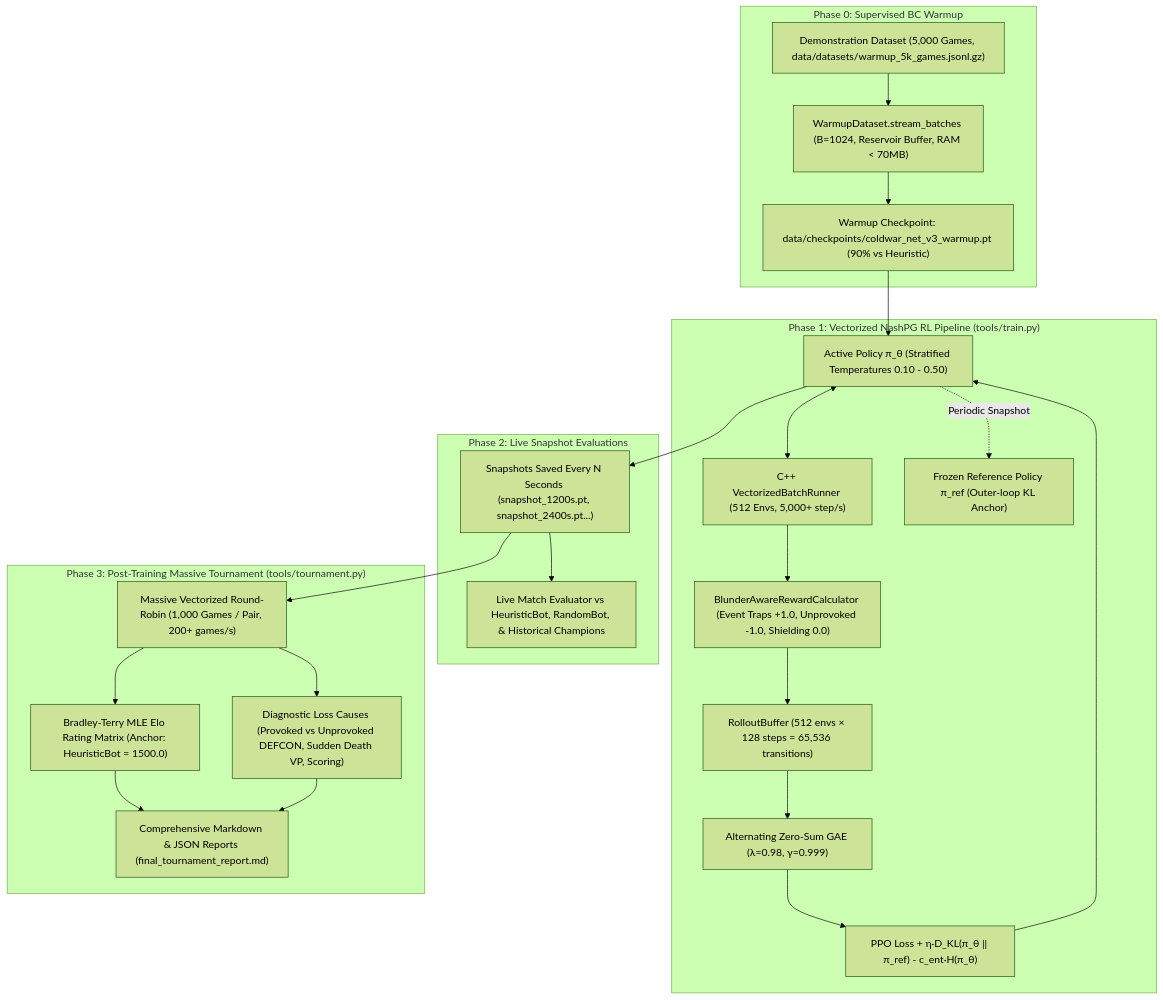
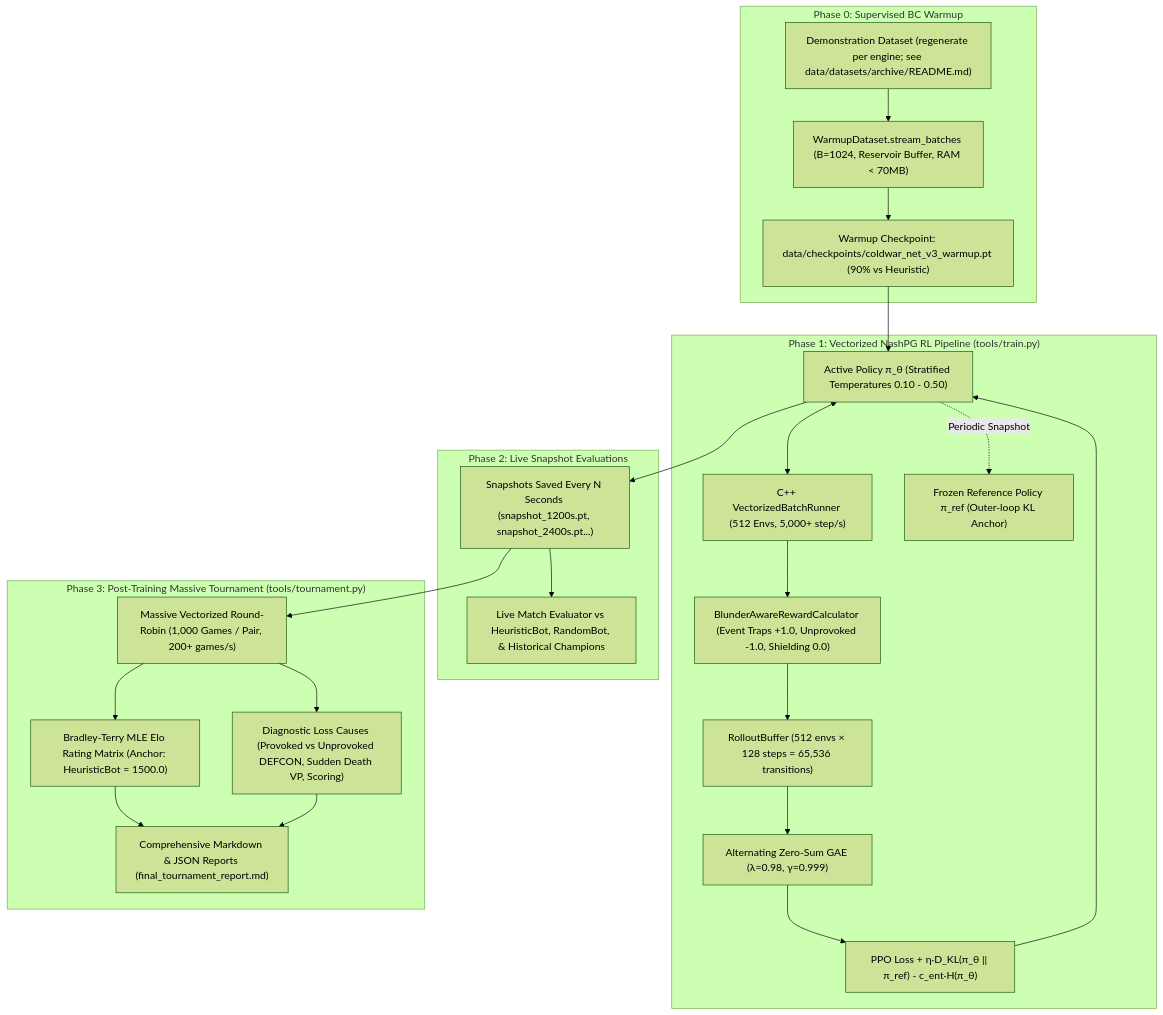
One commit to mihaild/DeepStruggle changed the second of 2 diagrams in AGENTS.md. Above: the diagram before and after it, drawn with Mermaid (forest theme). The commit also changed other lines of this file and 7 other files, not shown here.

````diff
--- a/AGENTS.md
+++ b/AGENTS.md
@@ -229,41 +245,41 @@
 ```mermaid
 graph TD
     subgraph Phase0 ["Phase 0: Supervised BC Warmup"]
-        Demonstrations["Demonstration Dataset (5,000 Games, data/datasets/warmup_5k_games.jsonl.gz)"]
+        Demonstrations["Demonstration Dataset (regenerate per engine; see data/datasets/archive/README.md)"]
         Streamer["WarmupDataset.stream_batches (B=1024, Reservoir Buffer, RAM < 70MB)"]
         WarmupModel["Warmup Checkpoint: data/checkpoints/coldwar_net_v3_warmup.pt (90% vs Heuristic)"]
         Demonstrations --> Streamer --> WarmupModel
     end
 
     subgraph Phase1 ["Phase 1: Vectorized NashPG RL Pipeline (tools/train.py)"]
         VecEnv["C++ VectorizedBatchRunner (512 Envs, 5,000+ step/s)"]
         ActiveNet["Active Policy π_θ (Stratified Temperatures 0.10 - 0.50)"]
         RefNet["Frozen Reference Policy π_ref (Outer-loop KL Anchor)"]
         Rollout["RolloutBuffer (512 envs × 128 steps = 65,536 transitions)"]
         BlunderCalc["BlunderAwareRewardCalculator (Event Traps +1.0, Unprovoked -1.0, Shielding 0.0)"]
         GAE["Alternating Zero-Sum GAE (λ=0.98, γ=0.999)"]
         NashLoss["PPO Loss + η·D_KL(π_θ || π_ref) - c_ent·H(π_θ)"]
 
         WarmupModel --> ActiveNet
         ActiveNet <--> VecEnv
         VecEnv --> BlunderCalc --> Rollout --> GAE --> NashLoss --> ActiveNet
         ActiveNet -.->|Periodic Snapshot| RefNet
     end
 
     subgraph Phase2 ["Phase 2: Live Snapshot Evaluations"]
         Snapshots["Snapshots Saved Every N Seconds (snapshot_1200s.pt, snapshot_2400s.pt...)"]
         LiveEval["Live Match Evaluator vs HeuristicBot, RandomBot, & Historical Champions"]
         ActiveNet --> Snapshots --> LiveEval
     end
 
     subgraph Phase3 ["Phase 3: Post-Training Massive Tournament (tools/tournament.py)"]
         RoundRobin["Massive Vectorized Round-Robin (1,000 Games / Pair, 200+ games/s)"]
         EloCalc["Bradley-Terry MLE Elo Rating Matrix (Anchor: HeuristicBot = 1500.0)"]
         Causes["Diagnostic Loss Causes (Provoked vs Unprovoked DEFCON, Sudden Death VP, Scoring)"]
         Reports["Comprehensive Markdown & JSON Reports (final_tournament_report.md)"]
 
         Snapshots --> RoundRobin
         RoundRobin --> EloCalc --> Reports
         RoundRobin --> Causes --> Reports
     end
 ```
````
